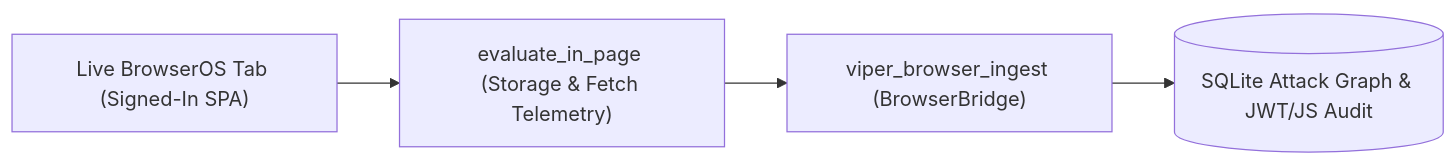
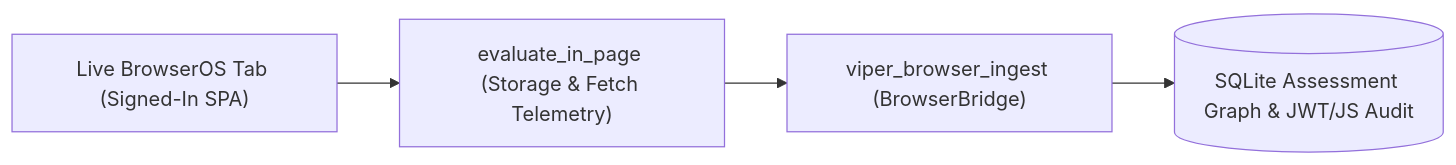
Before and after one commit to zahidoverflow/viperclaw: the diagram in skills/viper-browseros-agent/SKILL.md, drawn with Mermaid. The commit also changed 59 other files, not shown here.

````diff
--- a/skills/viper-browseros-agent/SKILL.md
+++ b/skills/viper-browseros-agent/SKILL.md
@@ -18,4 +18,4 @@
 ```mermaid
 flowchart LR
-  Tab["Live BrowserOS Tab (Signed-In SPA)"] --> Hook["evaluate_in_page (Storage & Fetch Telemetry)"] --> Ingest["viper_browser_ingest (BrowserBridge)"] --> Graph[("SQLite Attack Graph & JWT/JS Audit")]
+  Tab["Live BrowserOS Tab (Signed-In SPA)"] --> Hook["evaluate_in_page (Storage & Fetch Telemetry)"] --> Ingest["viper_browser_ingest (BrowserBridge)"] --> Graph[("SQLite Assessment Graph & JWT/JS Audit")]
 ```
````
